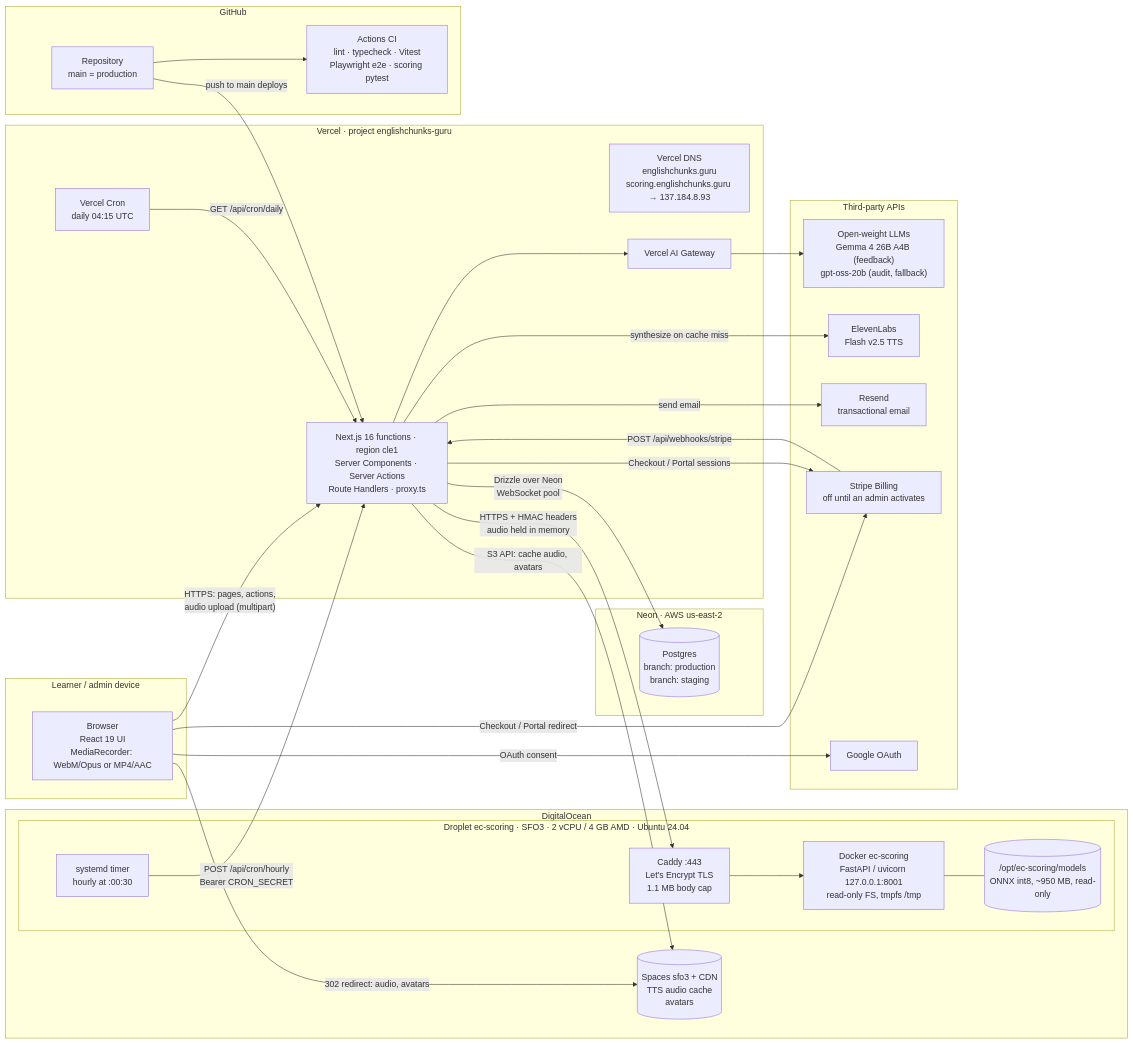
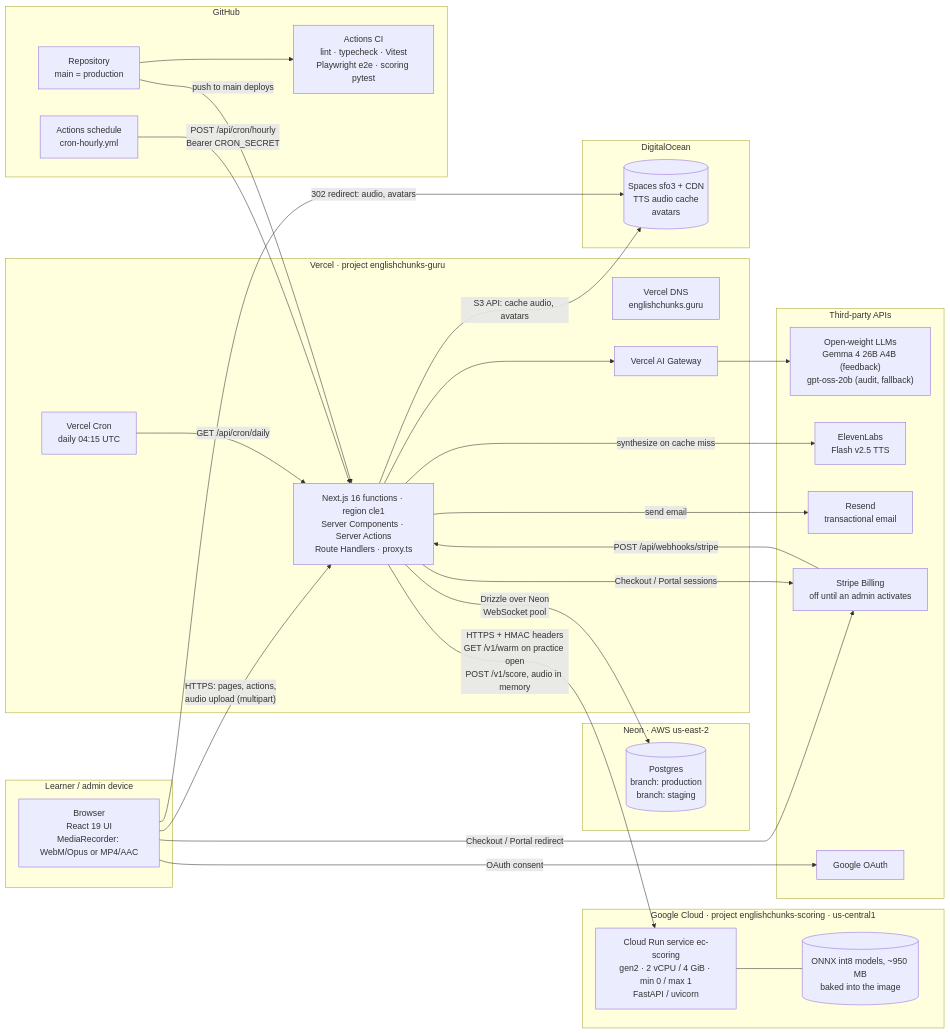
One commit to gusanchefullstack/englishchunks.guru changed the first of 3 diagrams in docs/architecture.md. Above: the diagram before and after it, drawn with Mermaid. The commit also changed other lines of this file and 6 other files, not shown here.

First line of the commit message:
docs: Droplet decommissioned; Cloud Run is the scoring host

````diff
--- a/docs/architecture.md
+++ b/docs/architecture.md
@@ -13,59 +13,58 @@
 ```mermaid
 flowchart LR
   subgraph Client["Learner / admin device"]
     B["Browser<br/>React 19 UI<br/>MediaRecorder: WebM/Opus or MP4/AAC"]
   end
 
   subgraph Vercel["Vercel · project englishchunks-guru"]
-    DNS["Vercel DNS<br/>englishchunks.guru<br/>scoring.englishchunks.guru → 137.184.8.93"]
+    DNS["Vercel DNS<br/>englishchunks.guru"]
     FN["Next.js 16 functions · region cle1<br/>Server Components · Server Actions<br/>Route Handlers · proxy.ts"]
     VC["Vercel Cron<br/>daily 04:15 UTC"]
     GW["Vercel AI Gateway"]
   end
 
   subgraph Neon["Neon · AWS us-east-2"]
     PG[("Postgres<br/>branch: production<br/>branch: staging")]
   end
 
+  subgraph GCP["Google Cloud · project englishchunks-scoring · us-central1"]
+    SC["Cloud Run service ec-scoring<br/>gen2 · 2 vCPU / 4 GiB · min 0 / max 1<br/>FastAPI / uvicorn"]
+    MOD[("ONNX int8 models, ~950 MB<br/>baked into the image")]
+  end
+
   subgraph DOC["DigitalOcean"]
-    subgraph Droplet["Droplet ec-scoring · SFO3 · 2 vCPU / 4 GB AMD · Ubuntu 24.04"]
-      CADDY["Caddy :443<br/>Let's Encrypt TLS<br/>1.1 MB body cap"]
-      SC["Docker ec-scoring<br/>FastAPI / uvicorn 127.0.0.1:8001<br/>read-only FS, tmpfs /tmp"]
-      MOD[("/opt/ec-scoring/models<br/>ONNX int8, ~950 MB, read-only")]
-      TMR["systemd timer<br/>hourly at :00:30"]
-    end
     SP[("Spaces sfo3 + CDN<br/>TTS audio cache<br/>avatars")]
   end
 
   subgraph Ext["Third-party APIs"]
     LLM["Open-weight LLMs<br/>Gemma 4 26B A4B (feedback)<br/>gpt-oss-20b (audit, fallback)"]
     EL["ElevenLabs<br/>Flash v2.5 TTS"]
     RS["Resend<br/>transactional email"]
     ST["Stripe Billing<br/>off until an admin activates"]
     GO["Google OAuth"]
   end
 
   subgraph GH["GitHub"]
     REPO["Repository<br/>main = production"]
     CI["Actions CI<br/>lint · typecheck · Vitest<br/>Playwright e2e · scoring pytest"]
+    TMR["Actions schedule<br/>cron-hourly.yml"]
   end
 
   B -- "HTTPS: pages, actions,<br/>audio upload (multipart)" --> FN
   B -- "302 redirect: audio, avatars" --> SP
   B -- "Checkout / Portal redirect" --> ST
   B -- "OAuth consent" --> GO
   FN -- "Drizzle over Neon<br/>WebSocket pool" --> PG
-  FN -- "HTTPS + HMAC headers<br/>audio held in memory" --> CADDY
-  CADDY --> SC
+  FN -- "HTTPS + HMAC headers<br/>GET /v1/warm on practice open<br/>POST /v1/score, audio in memory" --> SC
   SC --- MOD
   TMR -- "POST /api/cron/hourly<br/>Bearer CRON_SECRET" --> FN
   VC -- "GET /api/cron/daily" --> FN
   FN --> GW --> LLM
   FN -- "synthesize on cache miss" --> EL
   FN -- "S3 API: cache audio, avatars" --> SP
   FN -- "send email" --> RS
   FN -- "Checkout / Portal sessions" --> ST
   ST -- "POST /api/webhooks/stripe" --> FN
   REPO -- "push to main deploys" --> FN
   REPO --> CI
 ```
````
